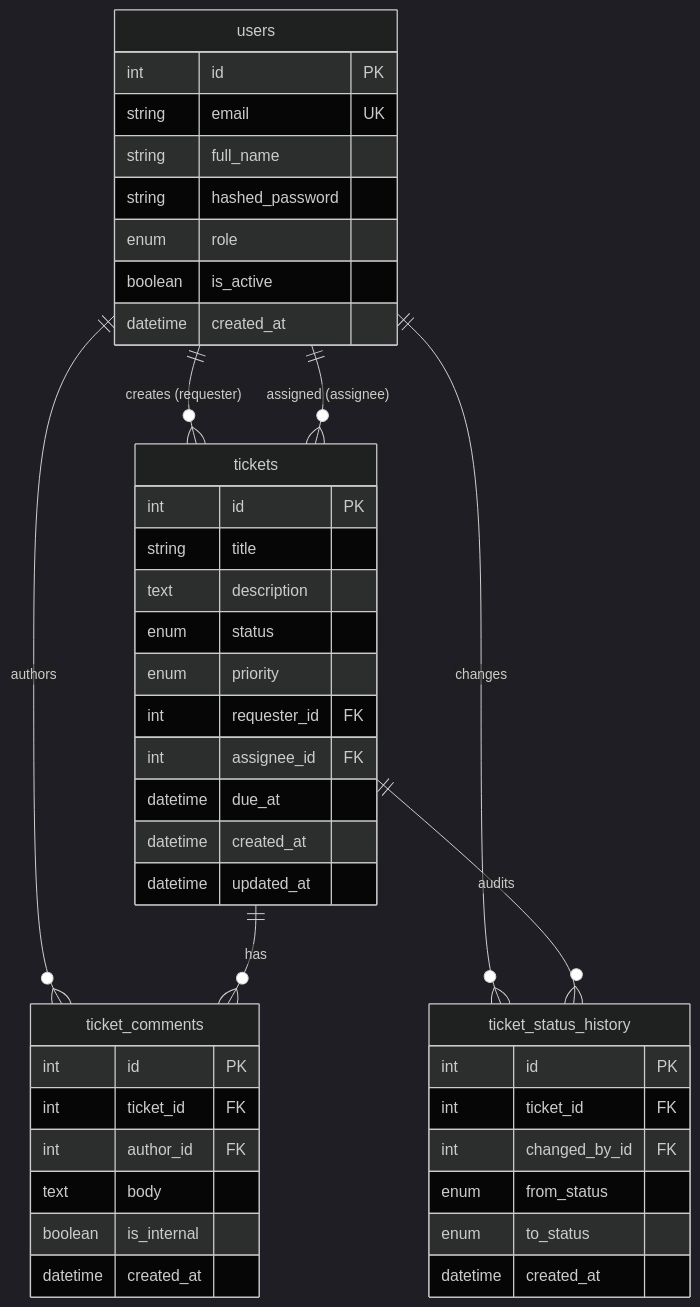
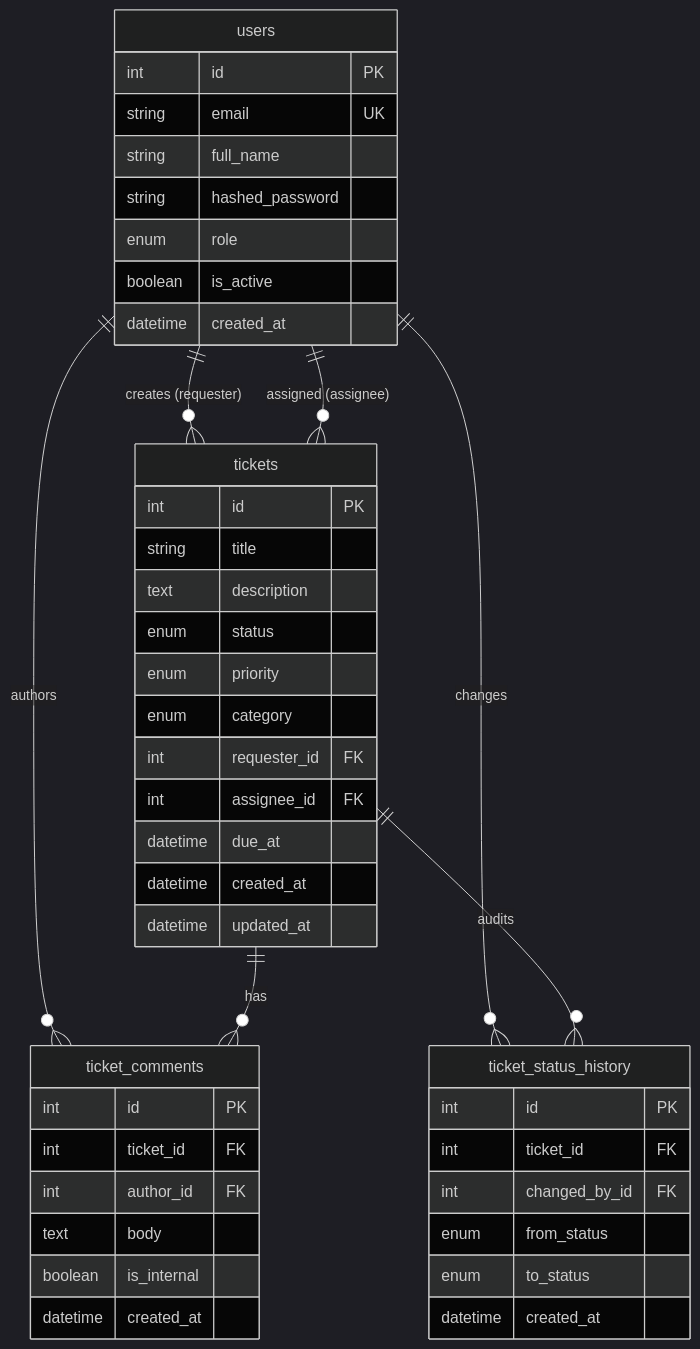
Before and after one commit to pasupunuri-pragnitha/HelpDesk-API: the third of 3 diagrams in README.md, drawn with Mermaid (dark theme). The commit also changed other lines of this file and 14 other files, not shown here.

````diff
--- a/README.md
+++ b/README.md
@@ -80,50 +80,51 @@
 ```mermaid
 erDiagram
     users {
         int id PK
         string email UK
         string full_name
         string hashed_password
         enum role
         boolean is_active
         datetime created_at
     }
 
     tickets {
         int id PK
         string title
         text description
         enum status
         enum priority
+        enum category
         int requester_id FK
         int assignee_id FK
         datetime due_at
         datetime created_at
         datetime updated_at
     }
 
     ticket_comments {
         int id PK
         int ticket_id FK
         int author_id FK
         text body
         boolean is_internal
         datetime created_at
     }
 
     ticket_status_history {
         int id PK
         int ticket_id FK
         int changed_by_id FK
         enum from_status
         enum to_status
         datetime created_at
     }
 
     users ||--o{ tickets : "creates (requester)"
     users ||--o{ tickets : "assigned (assignee)"
     users ||--o{ ticket_comments : "authors"
     users ||--o{ ticket_status_history : "changes"
     tickets ||--o{ ticket_comments : "has"
     tickets ||--o{ ticket_status_history : "audits"
 ```
````
